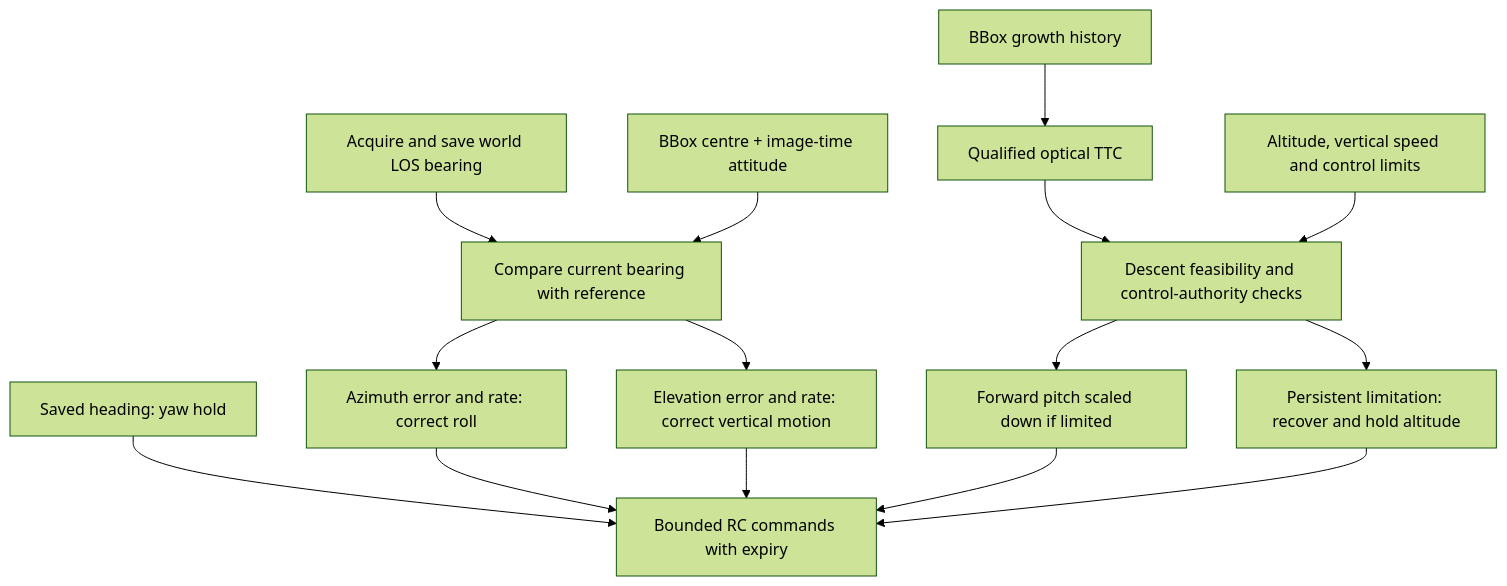
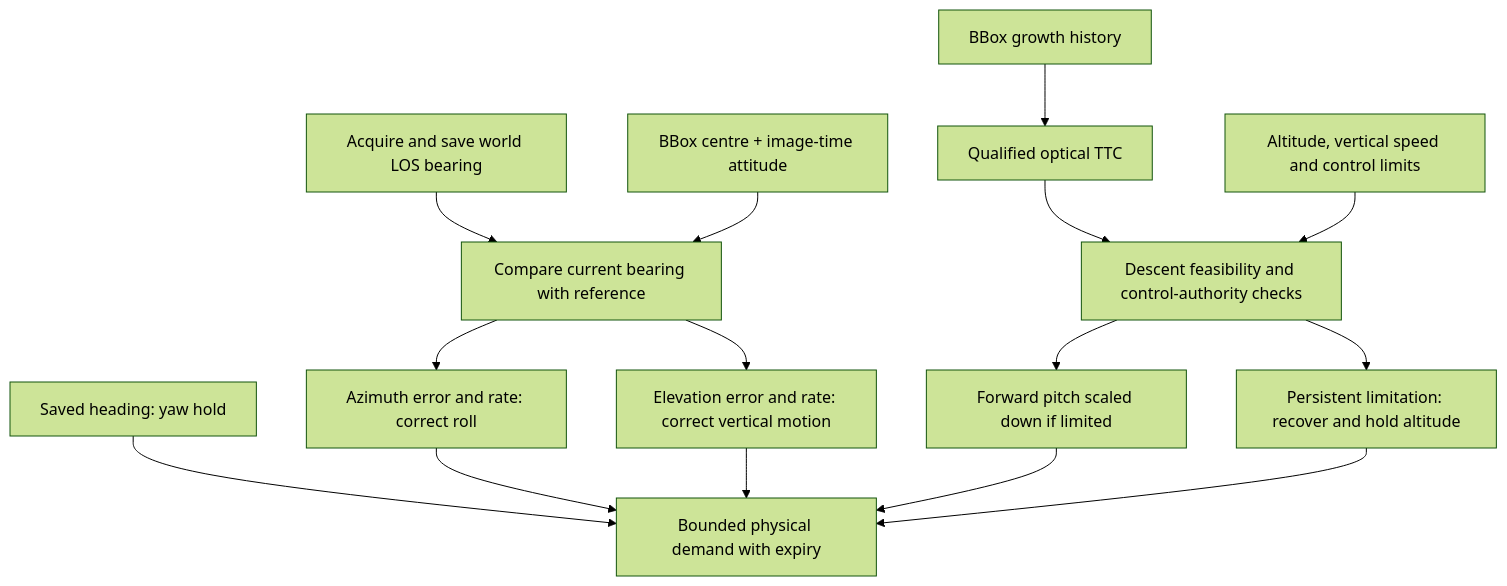
The first of 6 diagrams in docs/package-control-flow.md (robobe/los_tracking), drawn with Mermaid (forest theme) before and after one commit. The commit also changed other lines of this file and 19 other files, not shown here.

````diff
--- a/docs/package-control-flow.md
+++ b/docs/package-control-flow.md
@@ -51,17 +51,17 @@
 ```mermaid
 flowchart TD
     REF["Acquire and save world LOS bearing"] --> ERR["Compare current bearing with reference"]
     OBS["BBox centre + image-time attitude"] --> ERR
     ERR --> AZ["Azimuth error and rate: correct roll"]
     ERR --> EL["Elevation error and rate: correct vertical motion"]
-    HEAD["Saved heading: yaw hold"] --> CMD["Bounded RC commands with expiry"]
+    HEAD["Saved heading: yaw hold"] --> CMD["Bounded physical demand with expiry"]
     AZ --> CMD
     EL --> CMD
     GROW["BBox growth history"] --> TTC["Qualified optical TTC"]
     TTC --> SUP["Descent feasibility and control-authority checks"]
     BAR["Altitude, vertical speed and control limits"] --> SUP
     SUP --> PITCH["Forward pitch scaled down if limited"]
     PITCH --> CMD
     SUP --> REC["Persistent limitation: recover and hold altitude"]
     REC --> CMD
 ```
````
